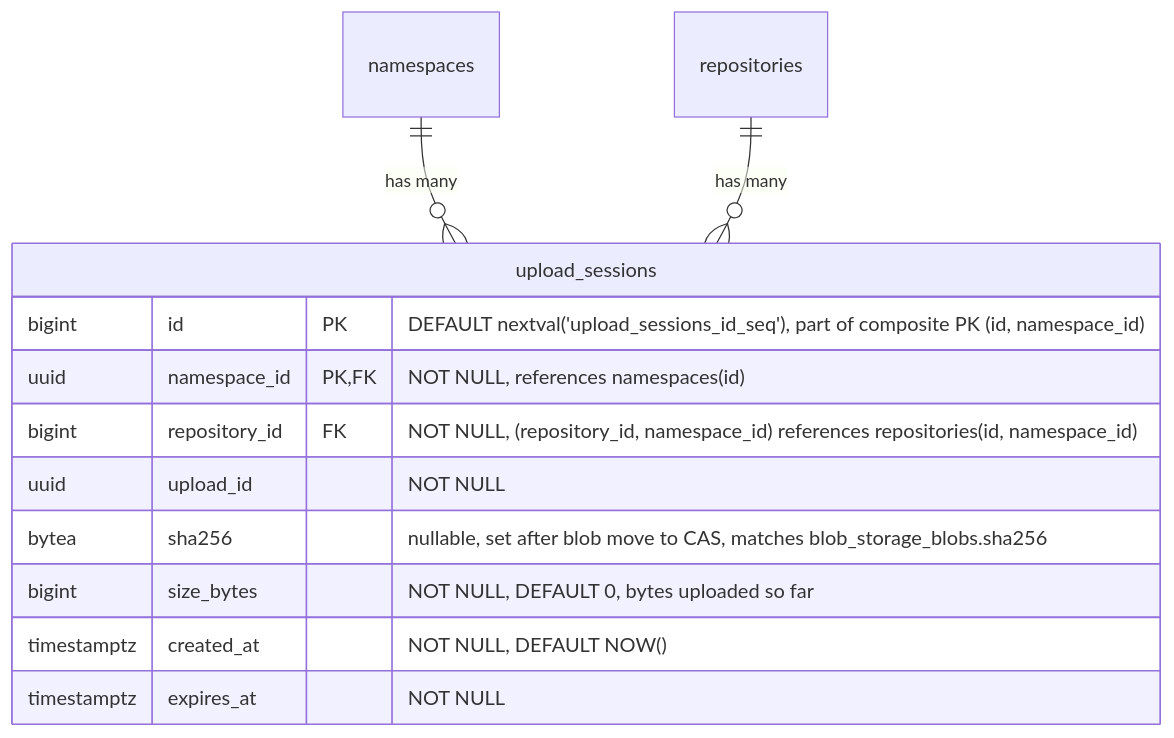
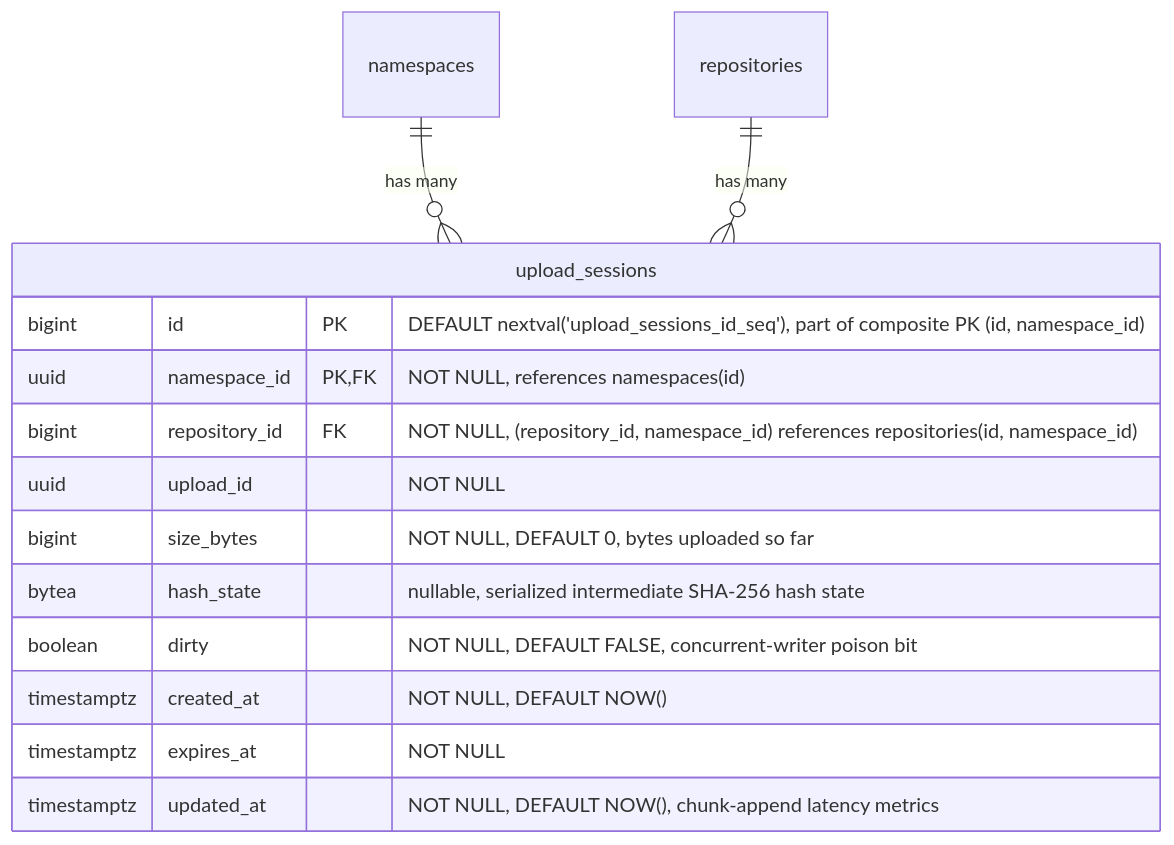
Diagram 17 of 19 in content/handbook/engineering/architecture/design-documents/artifact_registry/decisions/007_database_schema.md (kyama0/gitlab-handbook-ja), drawn with Mermaid before and after one commit. The commit also changed other lines of this file and 67 other files, not shown here.

````diff
--- a/content/handbook/engineering/architecture/design-documents/artifact_registry/decisions/007_database_schema.md
+++ b/content/handbook/engineering/architecture/design-documents/artifact_registry/decisions/007_database_schema.md
@@ -1510,16 +1512,18 @@
 ```mermaid
 erDiagram
     namespaces ||--o{ upload_sessions : "has many"
     repositories ||--o{ upload_sessions : "has many"
 
     upload_sessions {
         bigint id PK "DEFAULT nextval('upload_sessions_id_seq'), part of composite PK (id, namespace_id)"
         uuid namespace_id PK,FK "NOT NULL, references namespaces(id)"
         bigint repository_id FK "NOT NULL, (repository_id, namespace_id) references repositories(id, namespace_id)"
         uuid upload_id "NOT NULL"
-        bytea sha256 "nullable, set after blob move to CAS, matches blob_storage_blobs.sha256"
         bigint size_bytes "NOT NULL, DEFAULT 0, bytes uploaded so far"
+        bytea hash_state "nullable, serialized intermediate SHA-256 hash state"
+        boolean dirty "NOT NULL, DEFAULT FALSE, concurrent-writer poison bit"
         timestamptz created_at "NOT NULL, DEFAULT NOW()"
         timestamptz expires_at "NOT NULL"
+        timestamptz updated_at "NOT NULL, DEFAULT NOW(), chunk-append latency metrics"
     }
 ```
````
